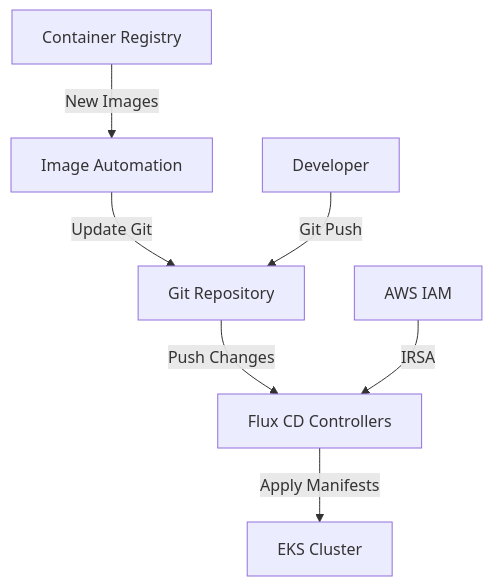
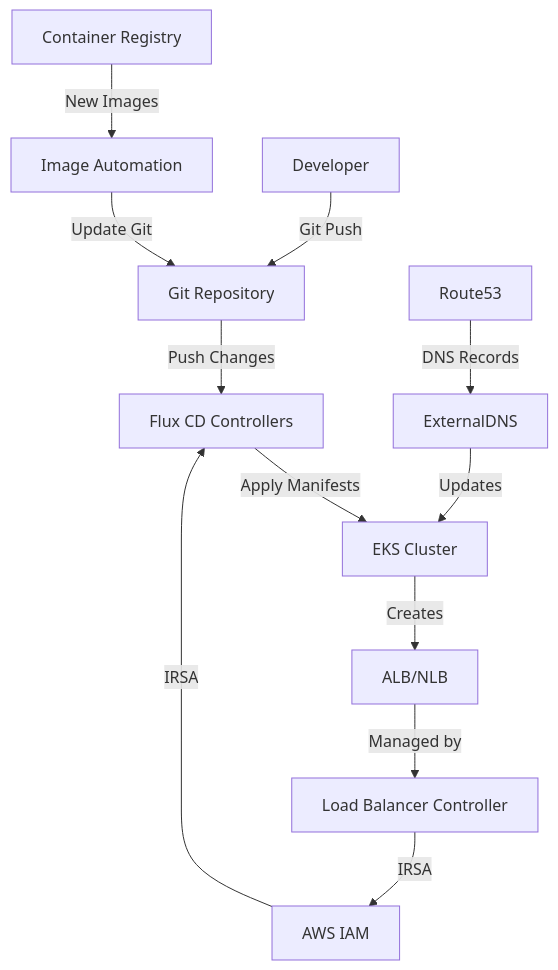
The diagram in examples/flux-cd/README.md (aws-terraform-repos/aws-eks-module), drawn with Mermaid before and after one commit. The commit also changed other lines of this file and 20 other files, not shown here.

````diff
--- a/examples/flux-cd/README.md
+++ b/examples/flux-cd/README.md
@@ -15,9 +18,14 @@
 ```mermaid
 graph TB
     A[Git Repository] -->|Push Changes| B[Flux CD Controllers]
     B -->|Apply Manifests| C[EKS Cluster]
     D[Container Registry] -->|New Images| E[Image Automation]
     E -->|Update Git| A
     F[Developer] -->|Git Push| A
     G[AWS IAM] -->|IRSA| B
+    H[Route53] -->|DNS Records| I[ExternalDNS]
+    I -->|Updates| C
+    J[ALB/NLB] -->|Managed by| K[Load Balancer Controller]
+    K -->|IRSA| G
+    C -->|Creates| J
 ```
````
